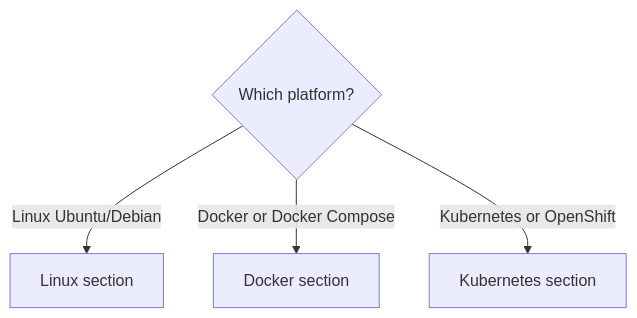
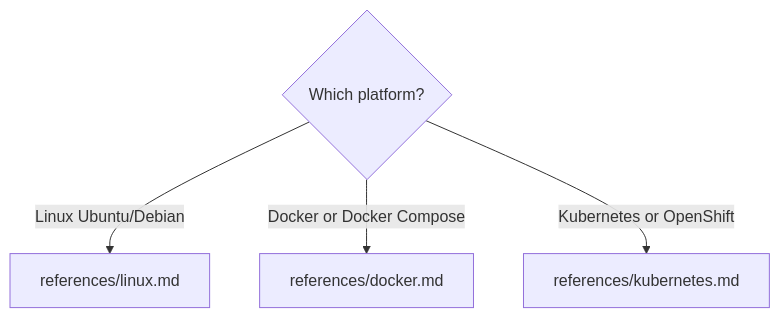
The diagram in skills/omni-gateway/install-omni-gateway/SKILL.md (adcarabajal/mulesoft-dx), drawn with Mermaid before and after one commit. The commit also changed other lines of this file and 49 other files, not shown here.

````diff
--- a/skills/omni-gateway/install-omni-gateway/SKILL.md
+++ b/skills/omni-gateway/install-omni-gateway/SKILL.md
@@ -15,8 +19,8 @@
 ```mermaid
 flowchart TD
     Start{Which platform?}
 
-    Start -->|Linux Ubuntu/Debian| L[Linux section]
-    Start -->|Docker or Docker Compose| D[Docker section]
-    Start -->|Kubernetes or OpenShift| K[Kubernetes section]
+    Start -->|Linux Ubuntu/Debian| L[references/linux.md]
+    Start -->|Docker or Docker Compose| D[references/docker.md]
+    Start -->|Kubernetes or OpenShift| K[references/kubernetes.md]
 ```
````
